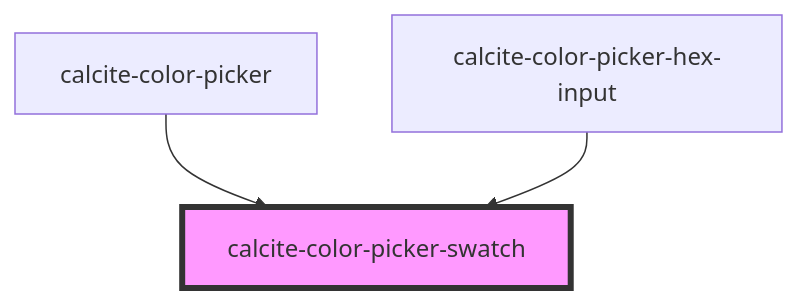
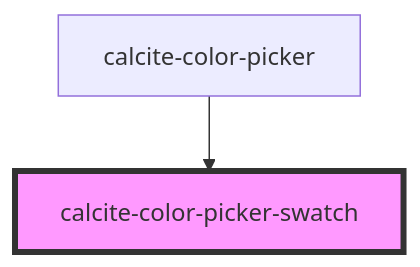
The diagram in packages/calcite-components/src/components/color-picker-swatch/readme.md (vikivakarvc/calcite-design-system), drawn with Mermaid before and after one commit. The commit also changed other lines of this file and 91 other files, not shown here.

````diff
--- a/packages/calcite-components/src/components/color-picker-swatch/readme.md
+++ b/packages/calcite-components/src/components/color-picker-swatch/readme.md
@@ -22,6 +21,5 @@
 ```mermaid
 graph TD;
   calcite-color-picker --> calcite-color-picker-swatch
-  calcite-color-picker-hex-input --> calcite-color-picker-swatch
   style calcite-color-picker-swatch fill:#f9f,stroke:#333,stroke-width:4px
 ```
````
